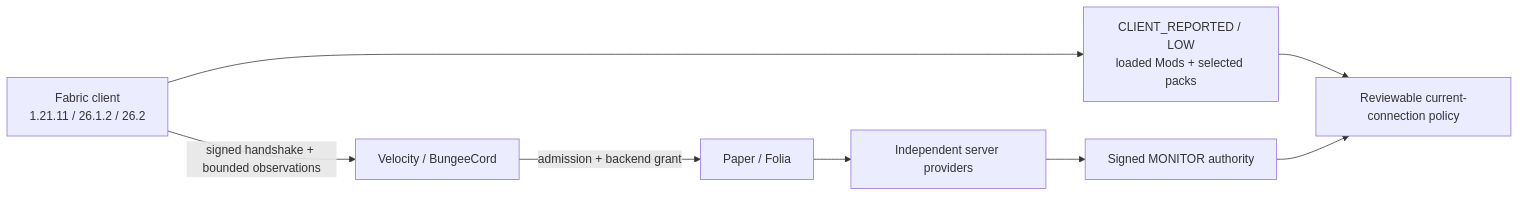
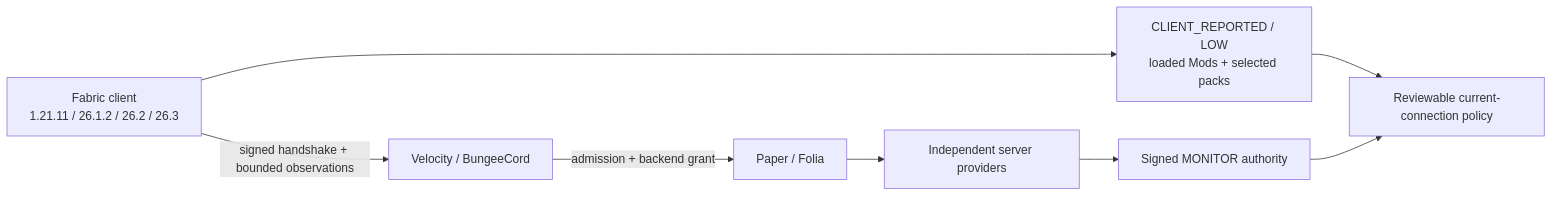
One commit to TypeThe0ry/MCAce changed the diagram in README.md. Above: the diagram before and after it, drawn with Mermaid. The commit also changed other lines of this file and 42 other files, not shown here.

First line of the commit message:
feat: support Minecraft 26.3 as a fourth Fabric client target (#71)

````diff
--- a/README.md
+++ b/README.md
@@ -704,18 +721,18 @@
 ```mermaid
 flowchart LR
-  C[Fabric client\n1.21.11 / 26.1.2 / 26.2]
+  C[Fabric client\n1.21.11 / 26.1.2 / 26.2 / 26.3]
   P[Velocity / BungeeCord]
   B[Paper / Folia]
   O[CLIENT_REPORTED / LOW\nloaded Mods + selected packs]
   S[Independent server providers]
   A[Signed MONITOR authority]
   R[Reviewable current-connection policy]
 
   C -->|signed handshake + bounded observations| P
   P -->|admission + backend grant| B
   C --> O
   B --> S
   S --> A
   O --> R
   A --> R
 ```
````
